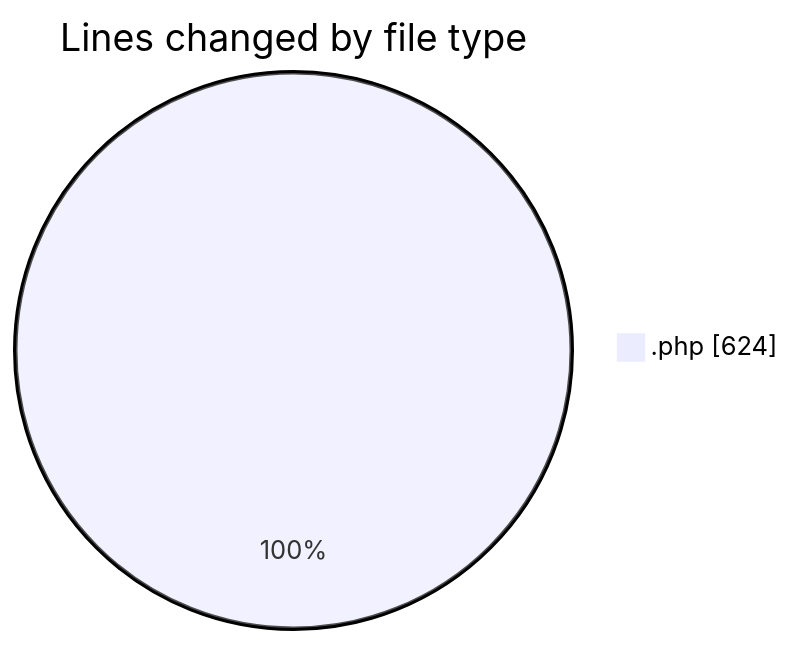
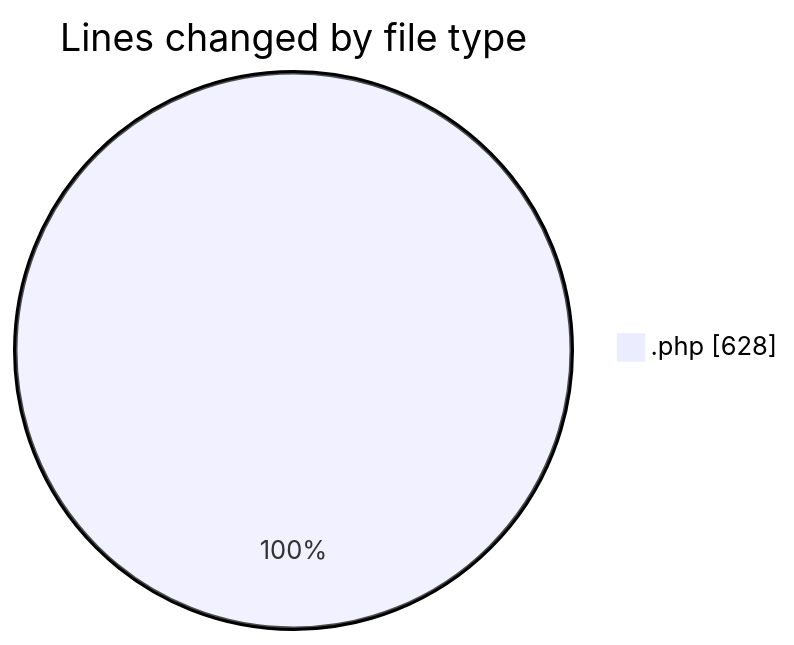
Before and after one commit to idhammustaqopulfikri/code-tracking: the first of 2 diagrams in 2025-05-16/pinjam-ruang/README.md, drawn with Mermaid. The commit also changed other lines of this file and 1 other file, not shown here.

````diff
--- a/2025-05-16/pinjam-ruang/README.md
+++ b/2025-05-16/pinjam-ruang/README.md
@@ -20,5 +20,5 @@
 ```mermaid
 pie showData
 title Lines changed by file type
-".php" : 624
+".php" : 628
 ```
````
